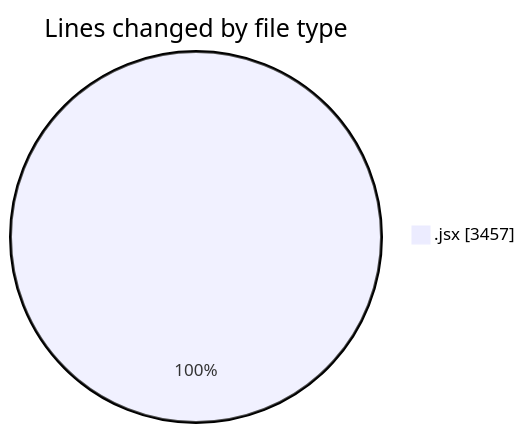
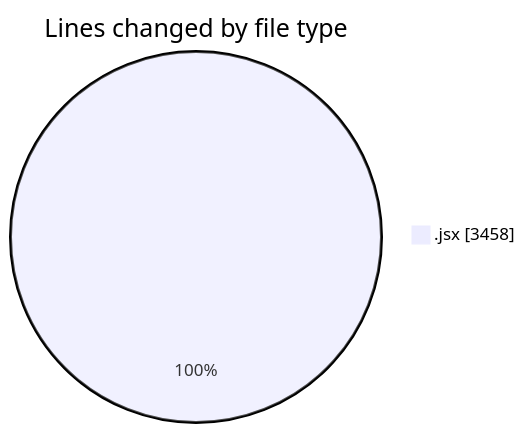
One commit to nxtqubesakshisongat/code-tracking changed the first of 2 diagrams in 2025-06-16/nxtqube_webapp/README.md. Above: the diagram before and after it, drawn with Mermaid. The commit also changed other lines of this file and 1 other file, not shown here.

````diff
--- a/2025-06-16/nxtqube_webapp/README.md
+++ b/2025-06-16/nxtqube_webapp/README.md
@@ -22,5 +22,5 @@
 ```mermaid
 pie showData
 title Lines changed by file type
-".jsx" : 3457
+".jsx" : 3458
 ```
````
